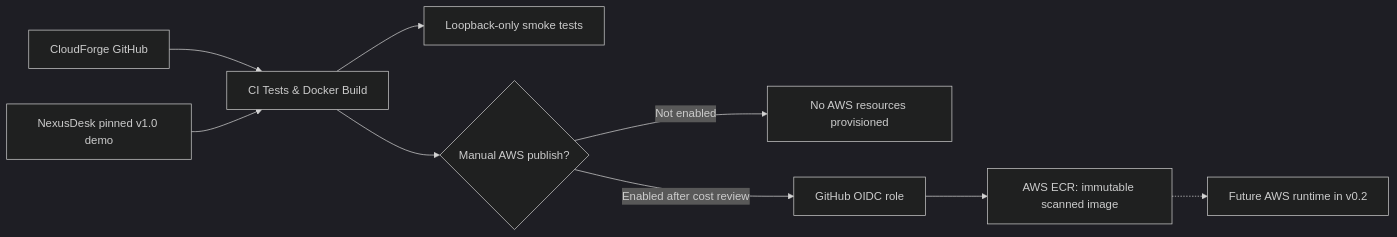
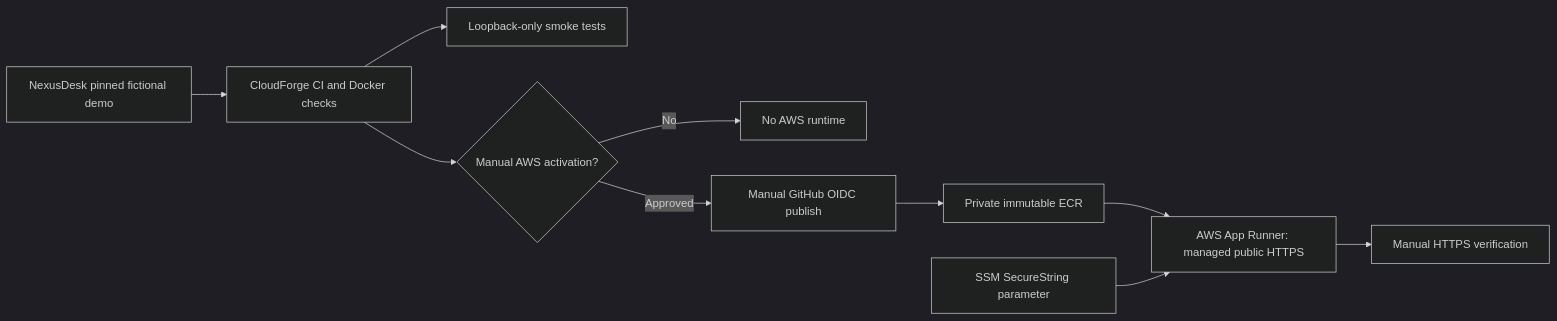
The diagram in README.md (eddy235/CloudForge), drawn with Mermaid (dark theme) before and after one commit. The commit also changed other lines of this file, not shown here.

Commit message:
v0.2: update README with optional paid App Runner architecture and explicit deployment status

````diff
--- a/README.md
+++ b/README.md
@@ -21,11 +24,12 @@
 ```mermaid
 flowchart LR
-  Repo[CloudForge GitHub] --> CI[CI Tests & Docker Build]
-  Demo[NexusDesk pinned v1.0 demo] --> CI
+  Source[NexusDesk pinned fictional demo] --> CI[CloudForge CI and Docker checks]
   CI --> Local[Loopback-only smoke tests]
-  CI --> Gate{Manual AWS publish?}
-  Gate -->|Not enabled| Stop[No AWS resources provisioned]
-  Gate -->|Enabled after cost review| OIDC[GitHub OIDC role]
-  OIDC --> ECR[AWS ECR: immutable scanned image]
-  ECR -.-> Future[Future AWS runtime in v0.2]
+  CI --> Gate{Manual AWS activation?}
+  Gate -->|No| Stop[No AWS runtime]
+  Gate -->|Approved| Publish[Manual GitHub OIDC publish]
+  Publish --> ECR[Private immutable ECR]
+  ECR --> AppRunner[AWS App Runner: managed public HTTPS]
+  Secret[SSM SecureString parameter] --> AppRunner
+  AppRunner --> Smoke[Manual HTTPS verification]
 ```
````
